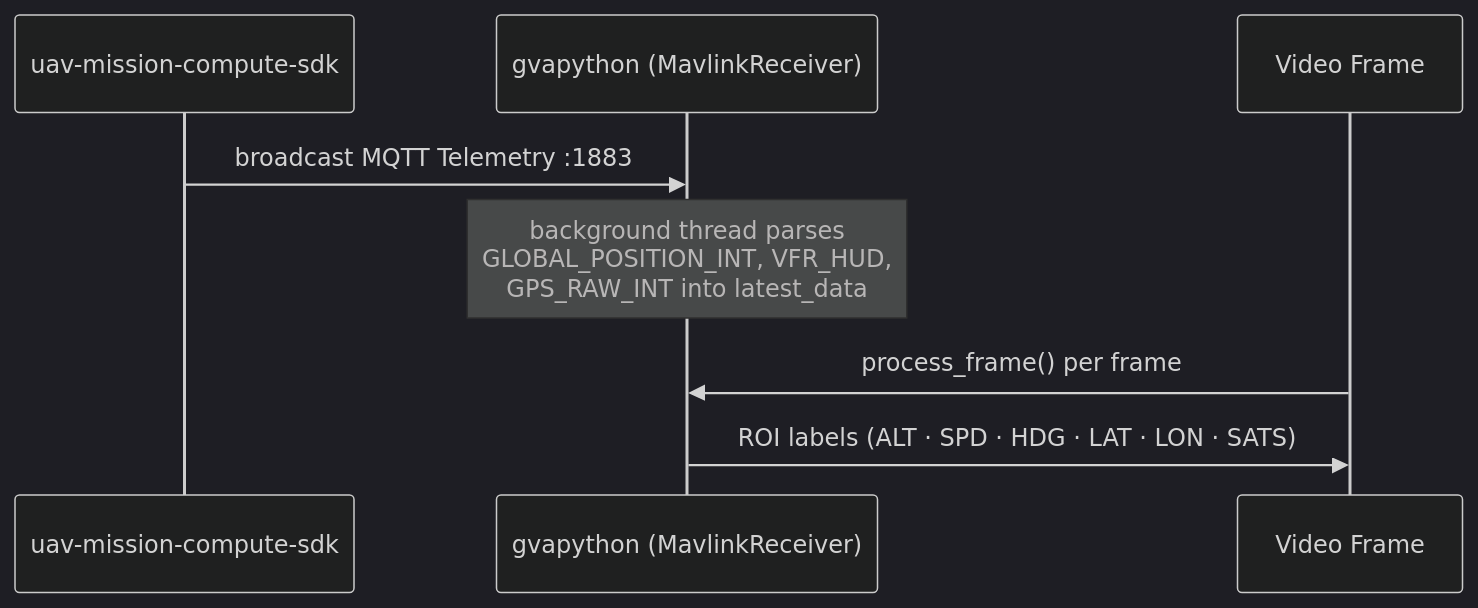
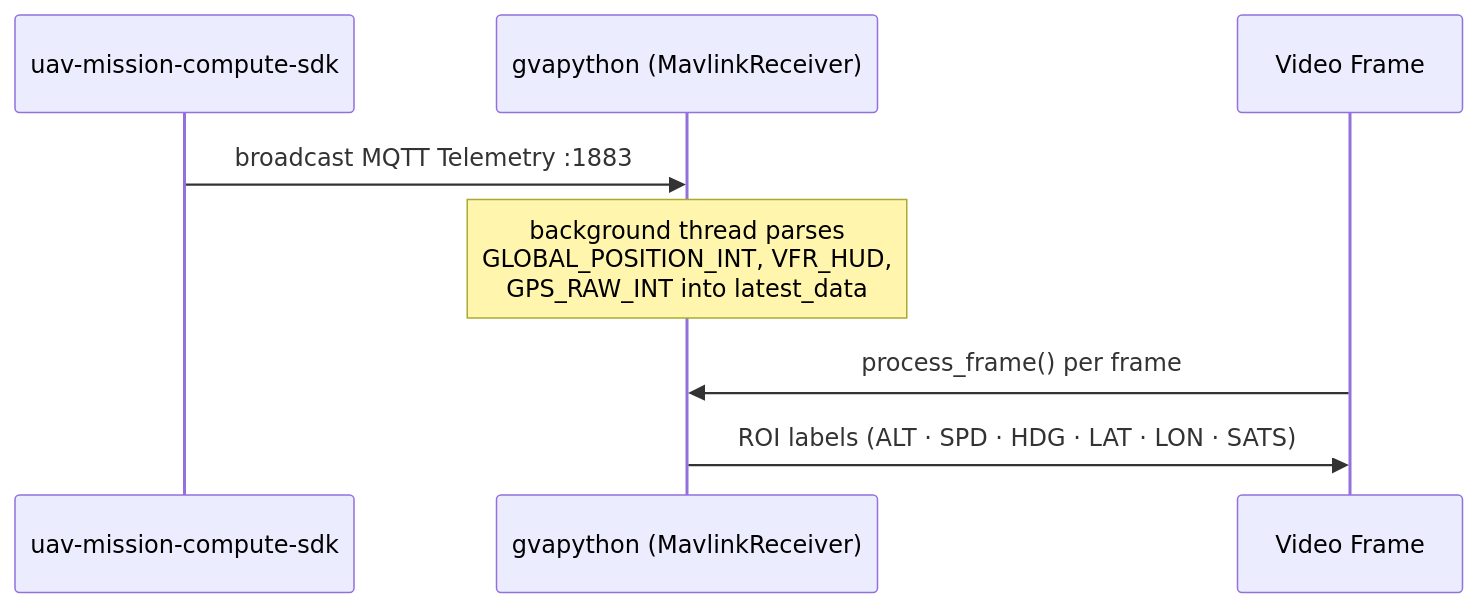
The diagram in uav-vision-analytics/docs/user-guide/get-started/get-started-uavsdk.md (open-edge-platform/federal-and-aerospace-ai-suite), drawn with Mermaid before and after one commit. The commit also changed other lines of this file and 1 other file, not shown here.

Commit message:
[DOCS] Remove redundant Mermaid dark theme (#4459)

````diff
--- a/uav-vision-analytics/docs/user-guide/get-started/get-started-uavsdk.md
+++ b/uav-vision-analytics/docs/user-guide/get-started/get-started-uavsdk.md
@@ -20,14 +18,11 @@
 ```mermaid
----
-config: {"theme": "dark"}
----
 sequenceDiagram
     participant SDK as uav-mission-compute-sdk
     participant OVL as gvapython (MavlinkReceiver)
     participant Frame as Video Frame
 
     SDK->>OVL: broadcast MQTT Telemetry :1883
     Note over OVL: background thread parses<br/>GLOBAL_POSITION_INT, VFR_HUD,<br/>GPS_RAW_INT into latest_data
     Frame->>OVL: process_frame() per frame
     OVL->>Frame: ROI labels (ALT · SPD · HDG · LAT · LON · SATS)
 ```
````
